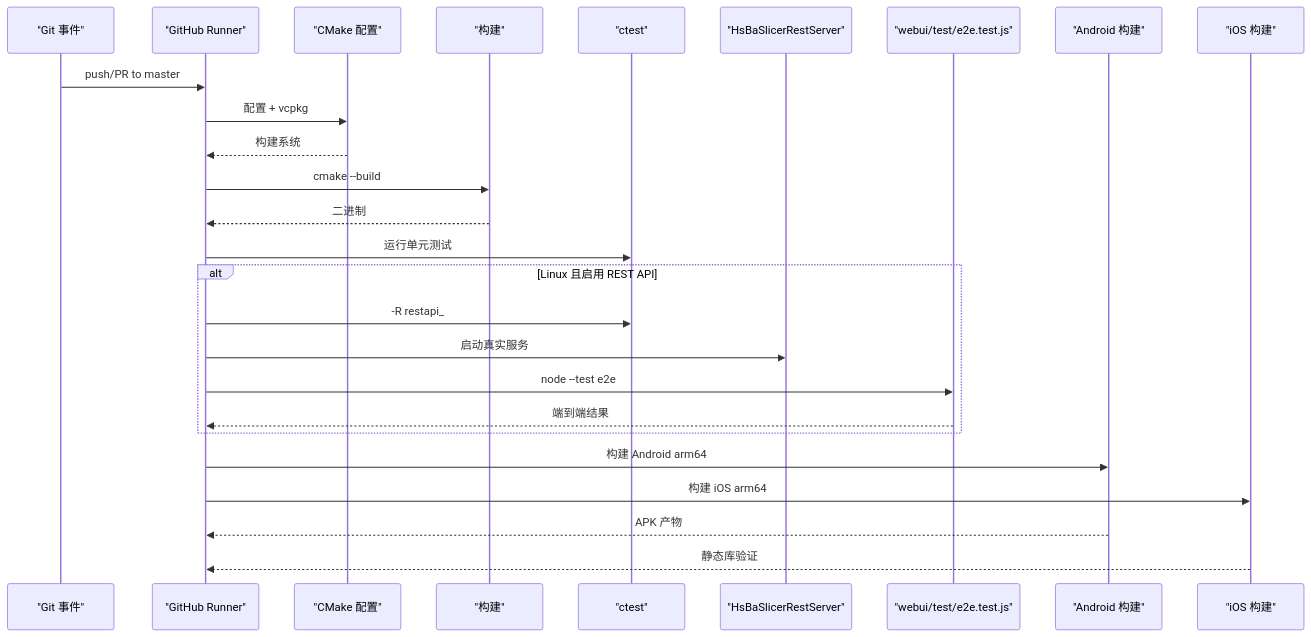
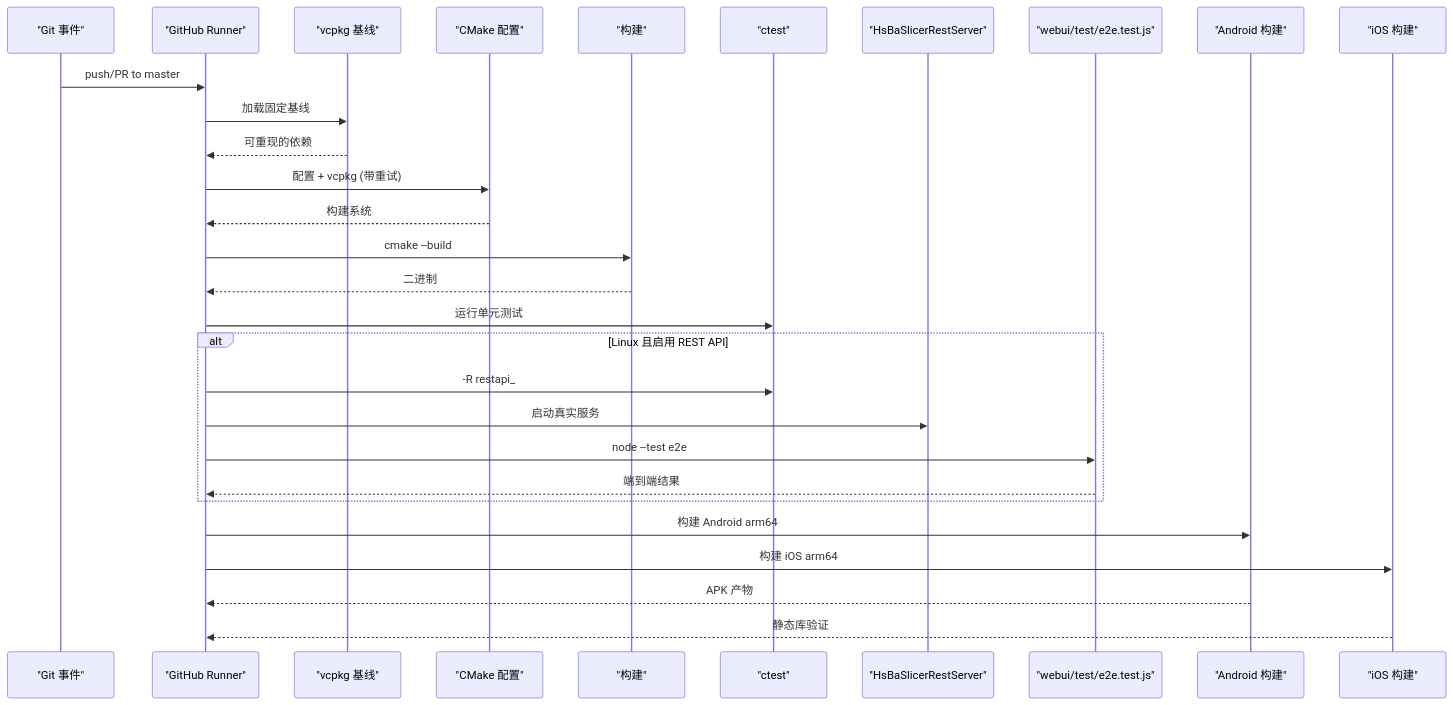
One commit to hsmbanlance/HsBaSlicer changed the sixth of 11 diagrams in .qoder/repowiki/zh/content/开发测试与贡献/CI_CD流水线增强.md. Above: the diagram before and after it, drawn with Mermaid. The commit also changed other lines of this file and 172 other files, not shown here.

````diff
--- a/.qoder/repowiki/zh/content/开发测试与贡献/CI_CD流水线增强.md
+++ b/.qoder/repowiki/zh/content/开发测试与贡献/CI_CD流水线增强.md
@@ -264,28 +287,31 @@
 ```mermaid
 sequenceDiagram
 participant Git as "Git 事件"
 participant Runner as "GitHub Runner"
+participant Vcpkg as "vcpkg 基线"
 participant CMake as "CMake 配置"
 participant Build as "构建"
 participant Ctest as "ctest"
 participant Server as "HsBaSlicerRestServer"
 participant Node as "webui/test/e2e.test.js"
 participant Android as "Android 构建"
 participant iOS as "iOS 构建"
 Git->>Runner : push/PR to master
-Runner->>CMake : 配置 + vcpkg
+Runner->>Vcpkg : 加载固定基线
+Vcpkg-->>Runner : 可重现的依赖
+Runner->>CMake : 配置 + vcpkg (带重试)
 CMake-->>Runner : 构建系统
 Runner->>Build : cmake --build
 Build-->>Runner : 二进制
 Runner->>Ctest : 运行单元测试
 alt Linux 且启用 REST API
 Runner->>Ctest : -R restapi_
 Runner->>Server : 启动真实服务
 Runner->>Node : node --test e2e
 Node-->>Runner : 端到端结果
 end
 Runner->>Android : 构建 Android arm64
 Runner->>iOS : 构建 iOS arm64
 Android-->>Runner : APK 产物
 iOS-->>Runner : 静态库验证
 ```
````
